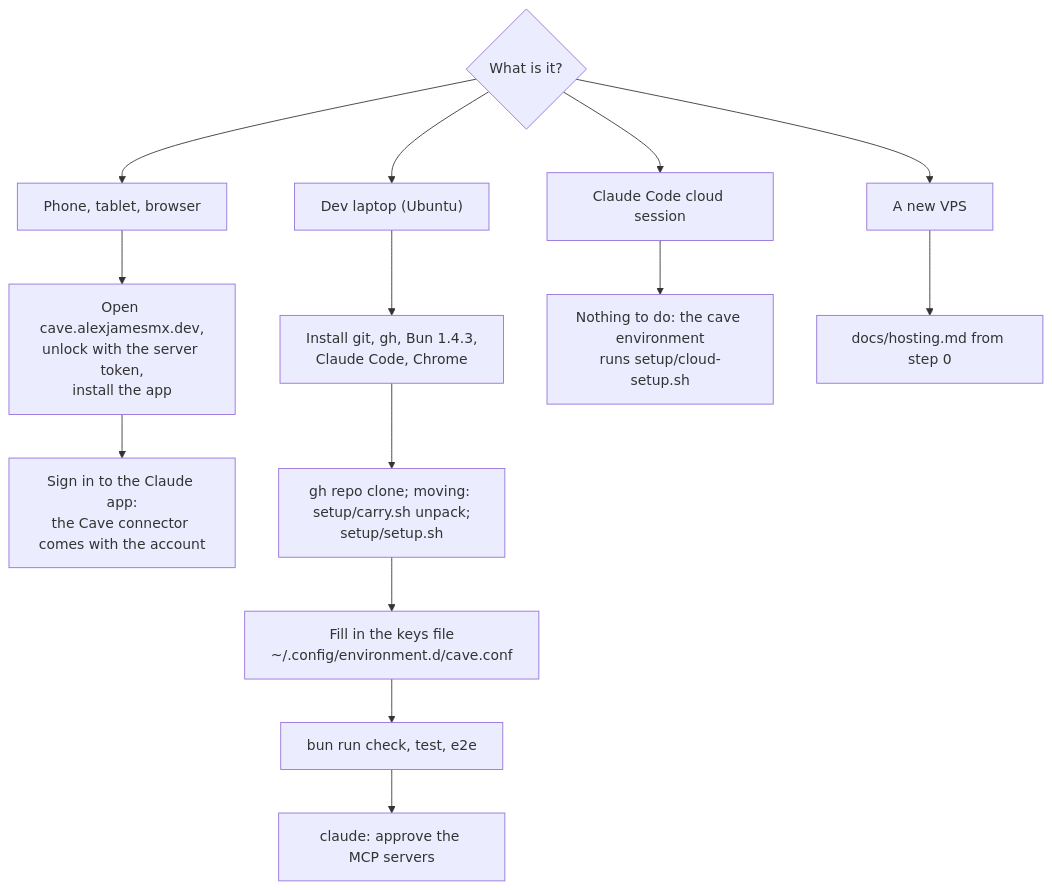
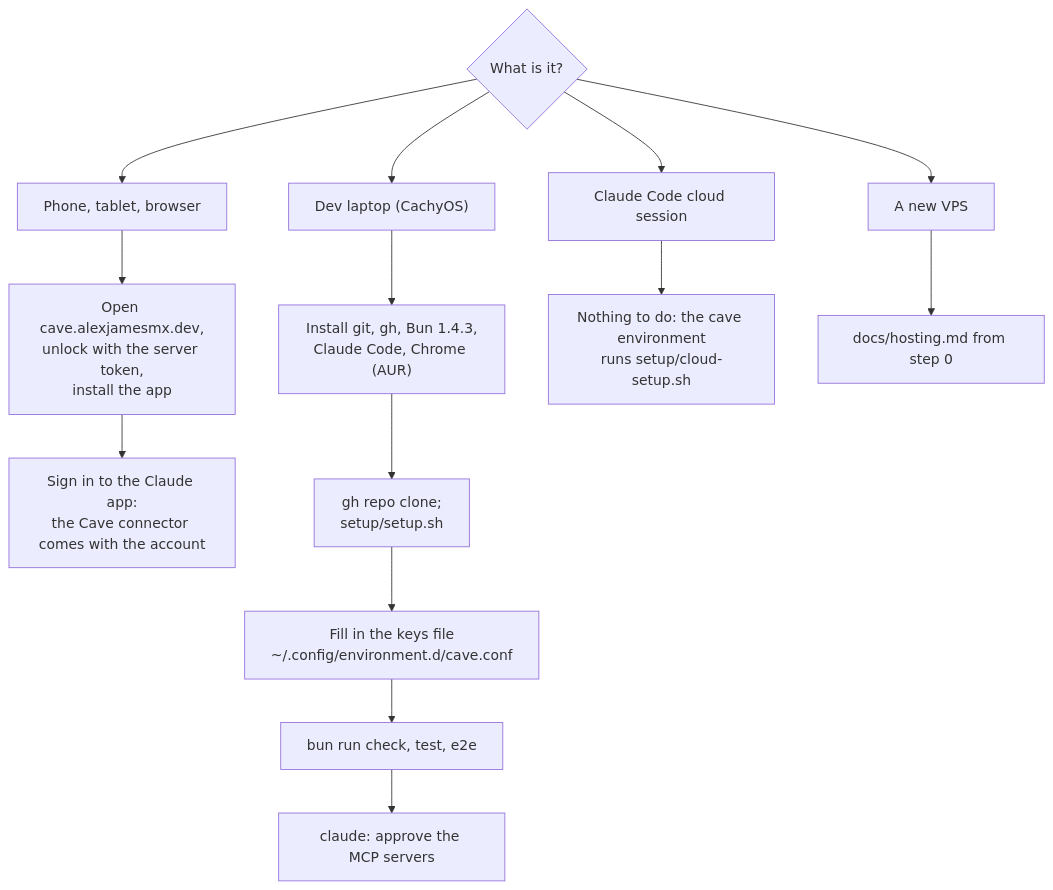
One commit to alexjamesmx/cave changed the second of 2 diagrams in docs/onboarding.md. Above: the diagram before and after it, drawn with Mermaid. The commit also changed other lines of this file and 11 other files, not shown here.

Commit message:
The laptop runs CachyOS: nothing carried between laptops (carry.sh removed), agent socket for Arch, steadier e2e on the laptop and in CI

````diff
--- a/docs/onboarding.md
+++ b/docs/onboarding.md
@@ -36,11 +36,11 @@
 ```mermaid
 flowchart TD
   Start{"What is it?"} --> Phone["Phone, tablet, browser"]
-  Start --> Laptop["Dev laptop (Ubuntu)"]
+  Start --> Laptop["Dev laptop (CachyOS)"]
   Start --> Cloud["Claude Code cloud session"]
   Start --> NewVPS["A new VPS"]
   Phone --> P1["Open cave.alexjamesmx.dev,<br/>unlock with the server token,<br/>install the app"] --> P2["Sign in to the Claude app:<br/>the Cave connector comes with the account"]
-  Laptop --> L1["Install git, gh, Bun 1.4.3,<br/>Claude Code, Chrome"] --> L2["gh repo clone; moving: setup/carry.sh unpack;<br/>setup/setup.sh"] --> L3["Fill in the keys file<br/>~/.config/environment.d/cave.conf"] --> L4["bun run check, test, e2e"] --> L5["claude: approve the MCP servers"]
+  Laptop --> L1["Install git, gh, Bun 1.4.3,<br/>Claude Code, Chrome (AUR)"] --> L2["gh repo clone;<br/>setup/setup.sh"] --> L3["Fill in the keys file<br/>~/.config/environment.d/cave.conf"] --> L4["bun run check, test, e2e"] --> L5["claude: approve the MCP servers"]
   Cloud --> C1["Nothing to do: the cave environment<br/>runs setup/cloud-setup.sh"]
   NewVPS --> V1["docs/hosting.md from step 0"]
 ```
````
